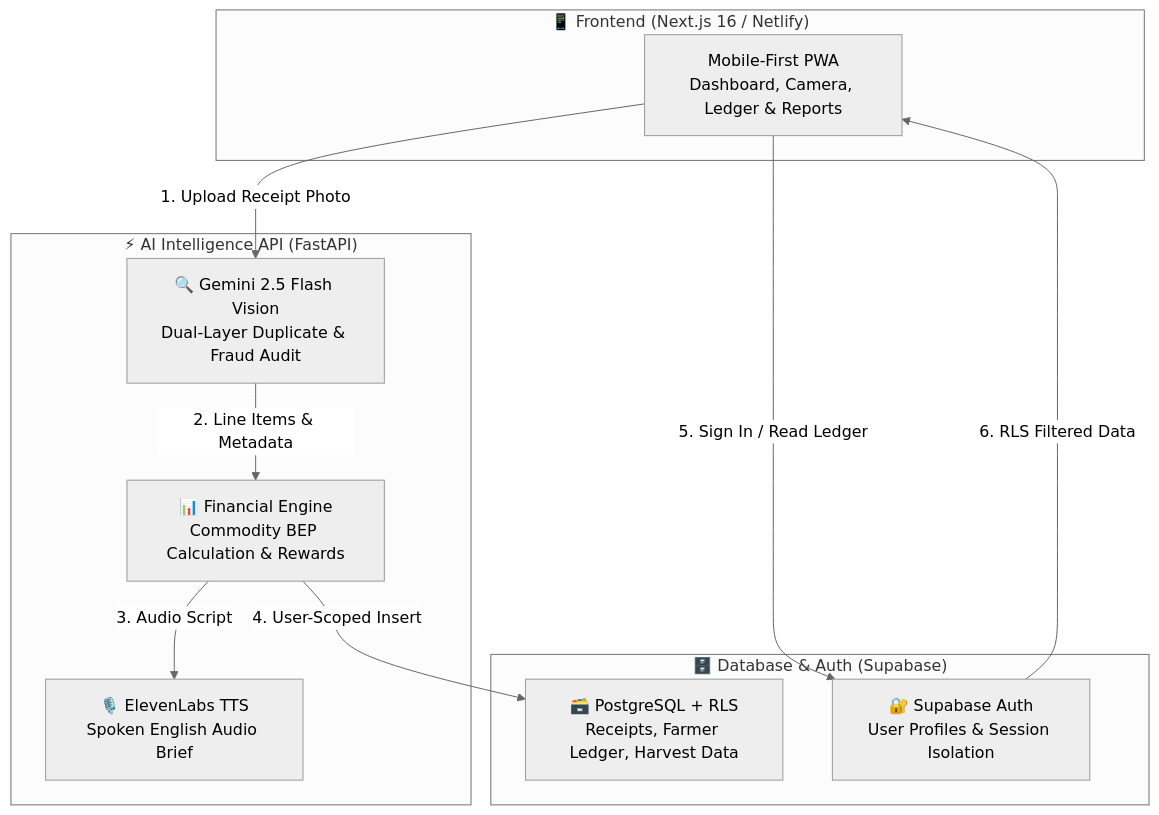
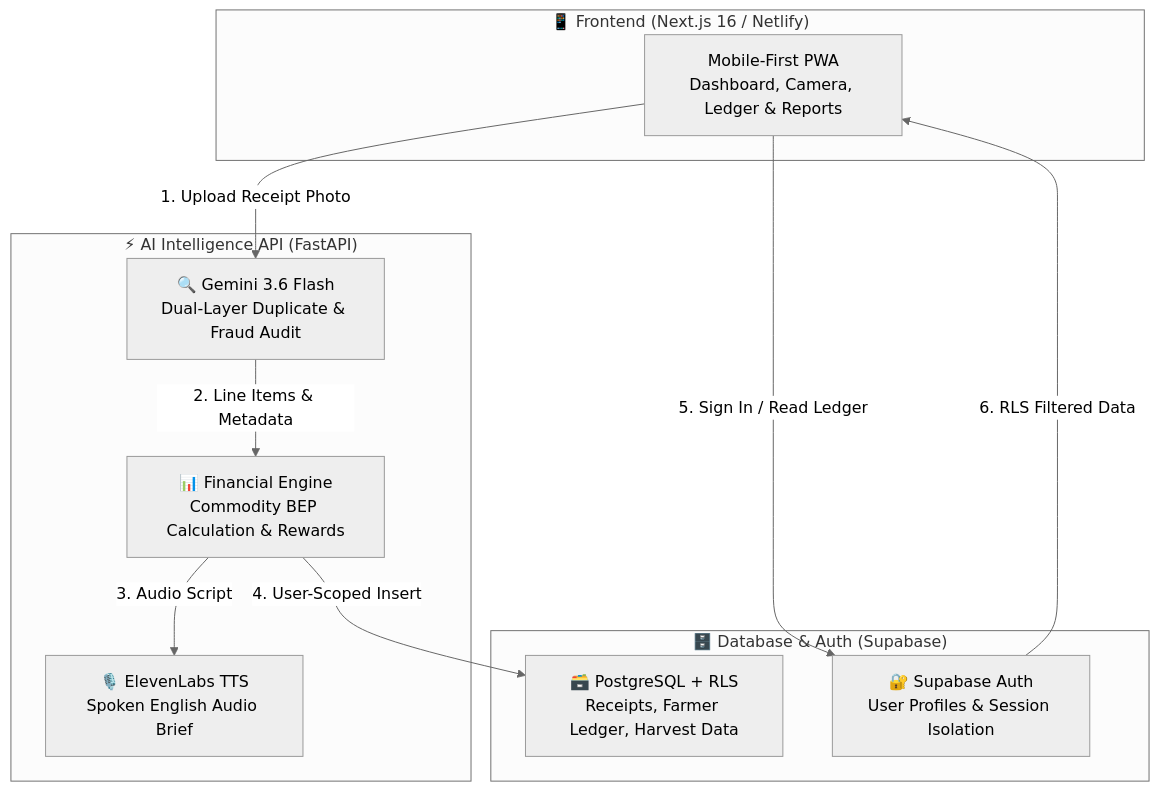
Before and after one commit to oejanggg/tanijogo: the diagram in README.md, drawn with Mermaid (neutral theme). The commit also changed other lines of this file, not shown here.

````diff
--- a/README.md
+++ b/README.md
@@ -52,24 +52,24 @@
 ```mermaid
 flowchart TD
     subgraph Client["📱 Frontend (Next.js 16 / Netlify)"]
         UI["Mobile-First PWA<br/>Dashboard, Camera, Ledger & Reports"]
     end
 
     subgraph Intelligence["⚡ AI Intelligence API (FastAPI)"]
-        OCR["🔍 Gemini 2.5 Flash Vision<br/>Dual-Layer Duplicate & Fraud Audit"]
+        OCR["🔍 Gemini 3.6 Flash<br/>Dual-Layer Duplicate & Fraud Audit"]
         MATH["📊 Financial Engine<br/>Commodity BEP Calculation & Rewards"]
         TTS["🎙️ ElevenLabs TTS<br/>Spoken English Audio Brief"]
     end
 
     subgraph Storage["🗄️ Database & Auth (Supabase)"]
         AUTH["🔐 Supabase Auth<br/>User Profiles & Session Isolation"]
         DB["🗃️ PostgreSQL + RLS<br/>Receipts, Farmer Ledger, Harvest Data"]
     end
 
     UI -->|1. Upload Receipt Photo| OCR
     OCR -->|2. Line Items & Metadata| MATH
     MATH -->|3. Audio Script| TTS
     MATH -->|4. User-Scoped Insert| DB
     UI -->|5. Sign In / Read Ledger| AUTH
     AUTH -->|6. RLS Filtered Data| UI
 ```
````
